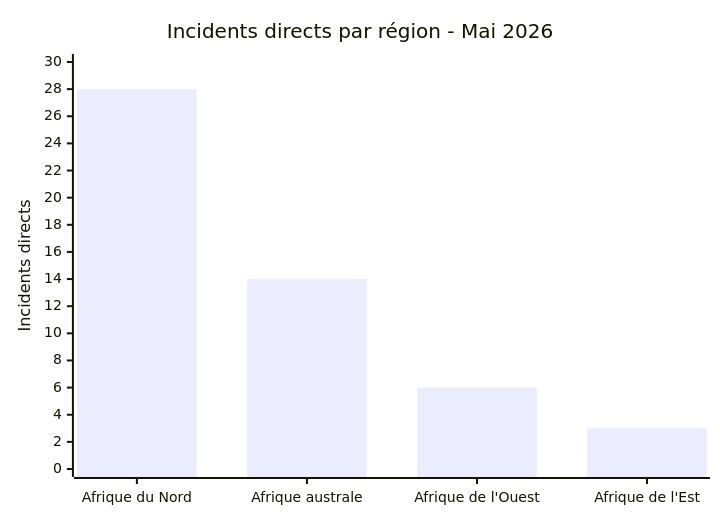
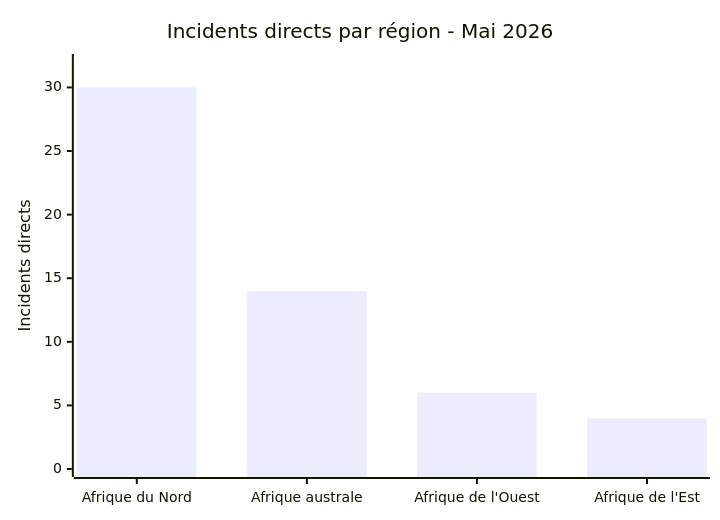
The fifth of 7 diagrams in statistics/2026/05-may/README_FR.md (Hatchepsoute/AFRINTEL), drawn with Mermaid before and after one commit. The commit also changed other lines of this file and 28 other files, not shown here.

````diff
--- a/statistics/2026/05-may/README_FR.md
+++ b/statistics/2026/05-may/README_FR.md
@@ -174,7 +176,7 @@
 ```mermaid
 xychart-beta
     title "Incidents directs par région - Mai 2026"
     x-axis ["Afrique du Nord","Afrique australe","Afrique de l'Ouest","Afrique de l'Est"]
-    y-axis "Incidents directs" 0 --> 30
-    bar [28,14,6,3]
+    y-axis "Incidents directs" 0 --> 32
+    bar [30,14,6,4]
 ```
````
